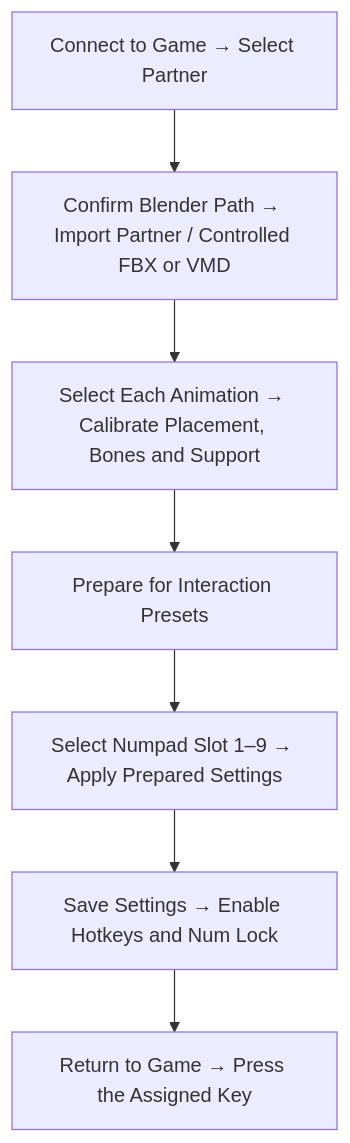
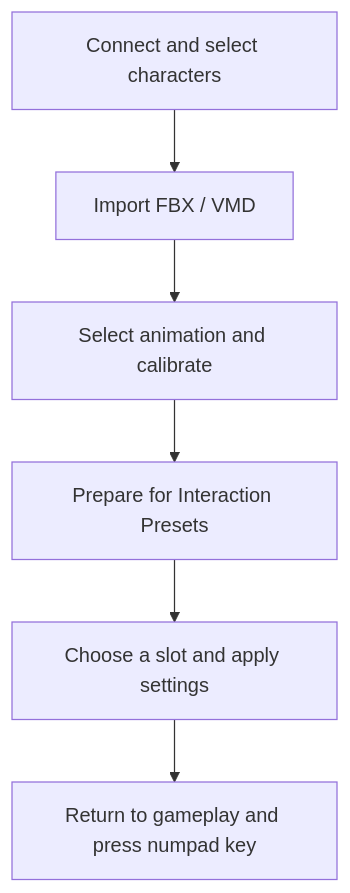
The diagram in README.en.md (kevindaze/EndfieldAnimationImporter), drawn with Mermaid before and after one commit. The commit also changed other lines of this file and 1 other file, not shown here.

````diff
--- a/README.en.md
+++ b/README.en.md
@@ -47,9 +22,8 @@
 ```mermaid
 flowchart TD
-    A[Connect to Game → Select Partner] --> B[Confirm Blender Path → Import Partner / Controlled FBX or VMD]
-    B --> C[Select Each Animation → Calibrate Placement, Bones and Support]
+    A[Connect and select characters] --> B[Import FBX / VMD]
+    B --> C[Select animation and calibrate]
     C --> D[Prepare for Interaction Presets]
-    D --> E[Select Numpad Slot 1–9 → Apply Prepared Settings]
-    E --> F[Save Settings → Enable Hotkeys and Num Lock]
-    F --> G[Return to Game → Press the Assigned Key]
+    D --> E[Choose a slot and apply settings]
+    E --> F[Return to gameplay and press numpad key]
 ```
````
